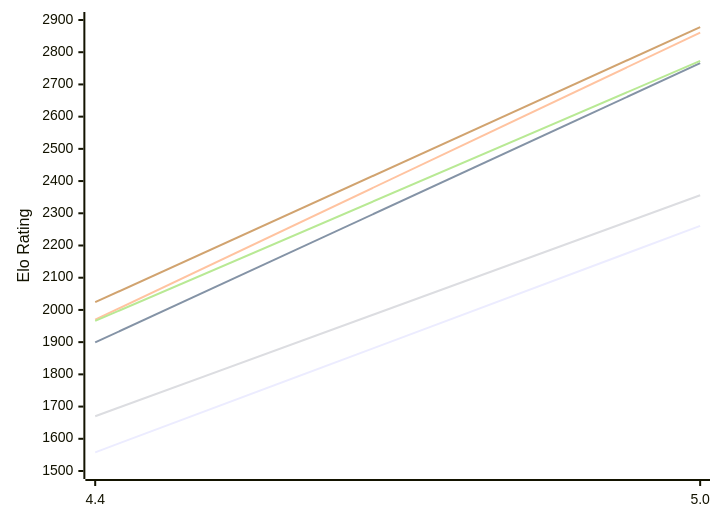
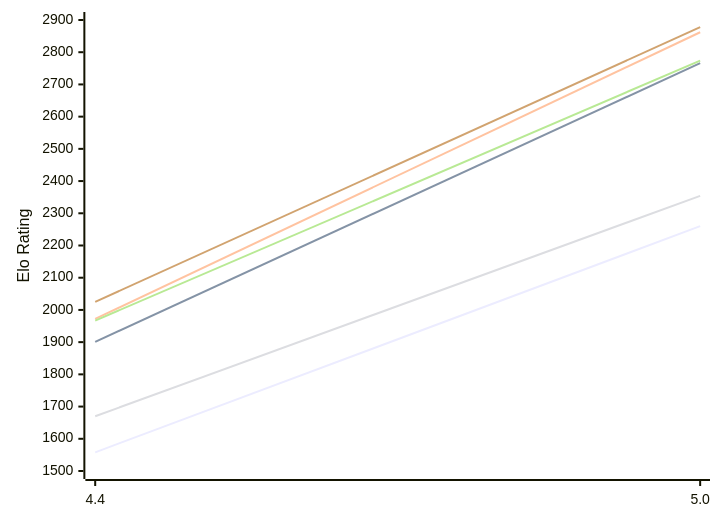
The first of 2 diagrams in engines/Radiance.md (computer-chess-index/cci), drawn with Mermaid before and after one commit. The commit also changed other lines of this file, not shown here.

Commit message:
Update CCI Ratings (ELO VLTC) - 2026-11-27

````diff
--- a/engines/Radiance.md
+++ b/engines/Radiance.md
@@ -51,12 +51,12 @@
 ```mermaid
 %%{init: {"theme":"base","themeVariables":{"seriesColors:['#a3a3a3','#222221','#faa371']}}}%%
 xychart-beta
   x-axis ["4.4", "5.0"]
   y-axis "Elo Rating" 1500 --> 2900
-  line "E1: STC (8.0+0.08s)" [1558, 2261]
-  line "E1: LTC (60.0+0.60s)" [1899, 2766]
-  line "E1: VLTC (2m24s+1.12s)" [1970, 2861]
-  line "P1: STC (8.0+0.08s)" [1670, 2356]
-  line "P1: LTC (60.0+0.60s)" [1966, 2773]
-  line "P1: VLTC (2m24s+1.12s)" [2024, 2878]
+  line "E1: STC (8.0+0.08s)" [1558, 2260]
+  line "E1: LTC (60.0+0.60s)" [1901, 2766]
+  line "E1: VLTC (2m24s+1.12s)" [1972, 2862]
+  line "P1: STC (8.0+0.08s)" [1670, 2354]
+  line "P1: LTC (60.0+0.60s)" [1967, 2774]
+  line "P1: VLTC (2m24s+1.12s)" [2025, 2878]
 ```
````
